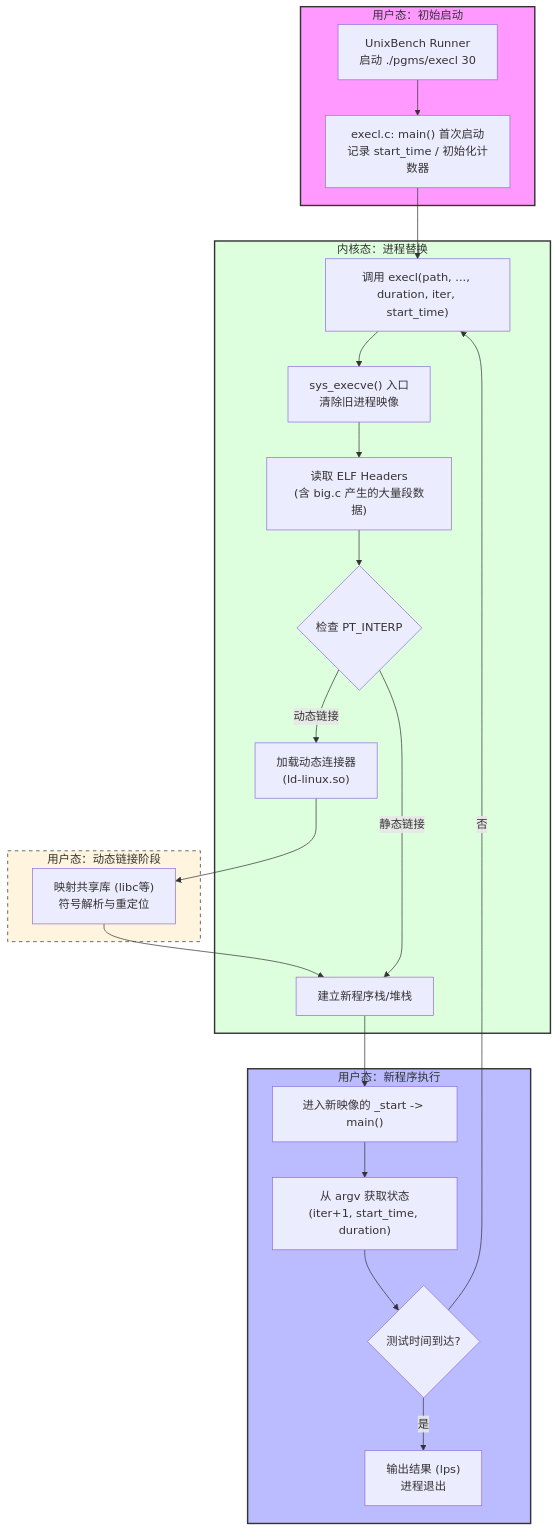
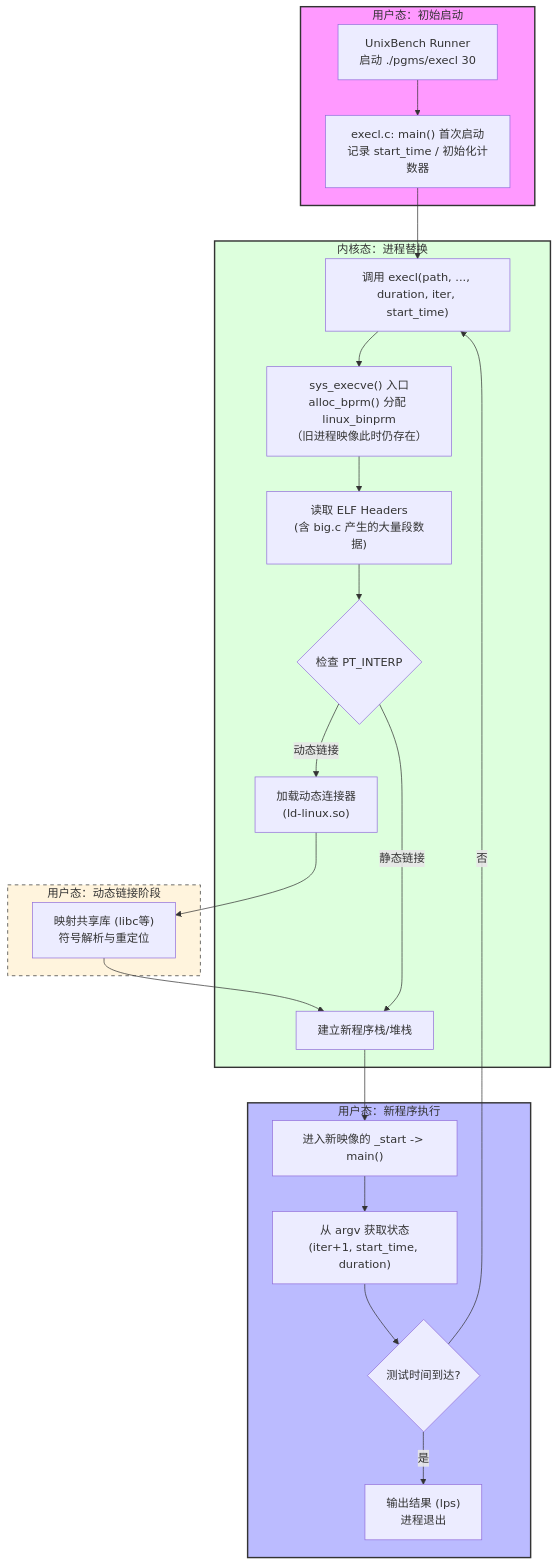
Before and after one commit to fsqHub/byte-unixbench: the diagram in excel.md, drawn with Mermaid. The commit also changed 1 other file, not shown here.

Commit message:
修正 execl 测试流程图中的内核态动态链接和静态链接逻辑，确保准确反映旧进程映像清除时机及入口点处理。

````diff
--- a/excel.md
+++ b/excel.md
@@ -41,35 +41,35 @@
 ```mermaid
 flowchart TD
     subgraph User_Space_Initial [用户态：初始启动]
         A[UnixBench Runner<br/>启动 ./pgms/execl 30] --> B["execl.c: main() 首次启动<br/>记录 start_time / 初始化计数器"]
     end
 
     subgraph Kernel_Space [内核态：进程替换]
-        B --> C["调用 execl(path, ..., duration, iter, start_time)"] --> D["sys_execve() 入口<br/>清除旧进程映像"]
+        B --> C["调用 execl(path, ..., duration, iter, start_time)"] --> D["sys_execve() 入口<br/>alloc_bprm() 分配 linux_binprm<br/>（旧进程映像此时仍存在）"]
         D --> E["读取 ELF Headers<br/>(含 big.c 产生的大量段数据)"]
         E --> F{检查 PT_INTERP}
         F -- 动态链接 --> G["加载动态连接器<br/>(ld-linux.so)"]
         F -- 静态链接 --> I["建立新程序栈/堆栈"]
     end
 
     %% B --> C
 
     subgraph Loader_Phase [用户态：动态链接阶段]
         G --> H["映射共享库 (libc等)<br/>符号解析与重定位"]
         H --> I
     end
 
     subgraph User_Space_New [用户态：新程序执行]
         I --> J["进入新映像的 _start -> main()"]
         J --> K["从 argv 获取状态<br/>(iter+1, start_time, duration)"]
         K --> L{测试时间到达?}
         L -- 否 --> C
         L -- 是 --> M["输出结果 (lps)<br/>进程退出"]
     end
 
     %% 样式美化
     style User_Space_Initial fill:#f9f,stroke:#333,stroke-width:2px
     style User_Space_New fill:#bbf,stroke:#333,stroke-width:2px
     style Kernel_Space fill:#dfd,stroke:#333,stroke-width:2px
     style Loader_Phase fill:#fff4dd,stroke:#333,stroke-dasharray: 5 5
 ```
````
